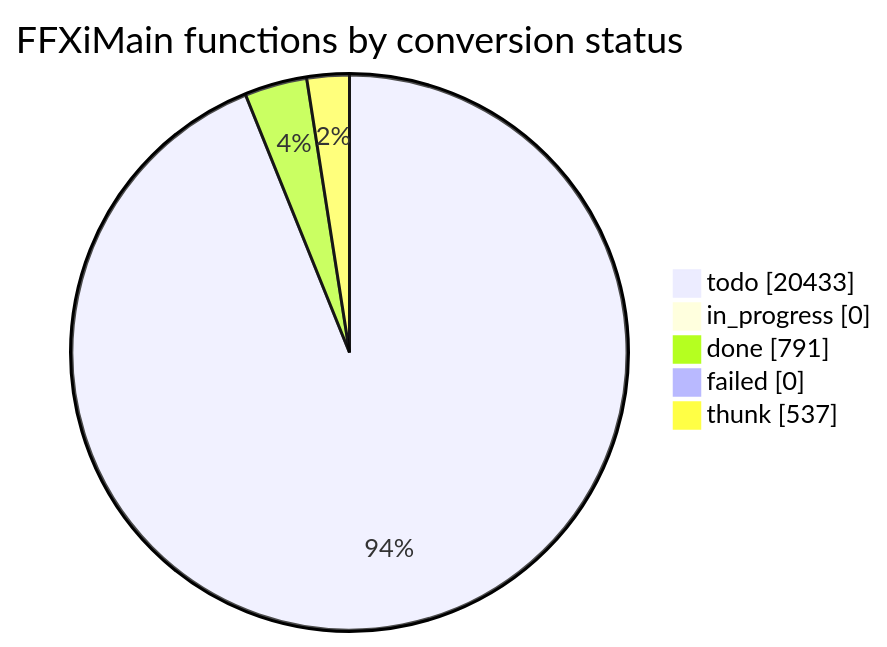
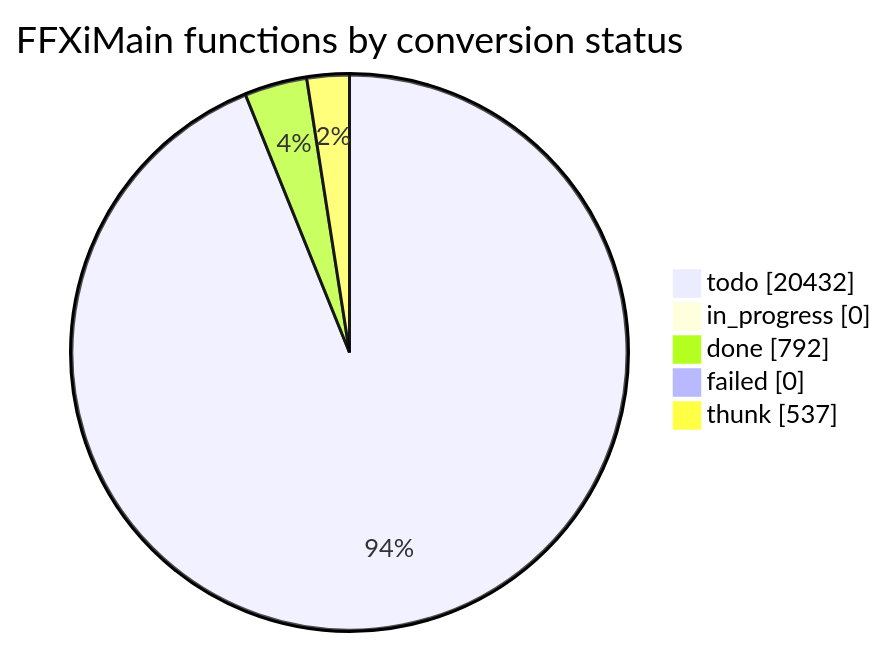
One commit to cowrevenge/cow_kuluu_xi_anything changed the diagram in docs/cow/STATUS.md. Above: the diagram before and after it, drawn with Mermaid. The commit also changed other lines of this file and 9 other files, not shown here.

````diff
--- a/docs/cow/STATUS.md
+++ b/docs/cow/STATUS.md
@@ -18,9 +18,9 @@
 ```mermaid
 pie showData
     title FFXiMain functions by conversion status
-    "todo" : 20433
+    "todo" : 20432
     "in_progress" : 0
-    "done" : 791
+    "done" : 792
     "failed" : 0
     "thunk" : 537
 ```
````
